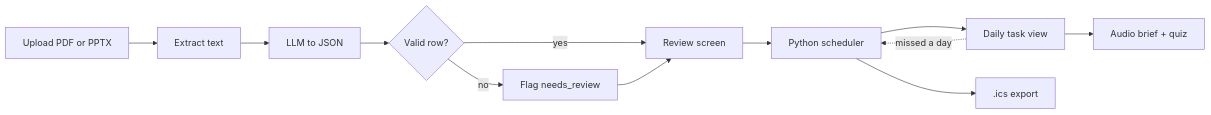
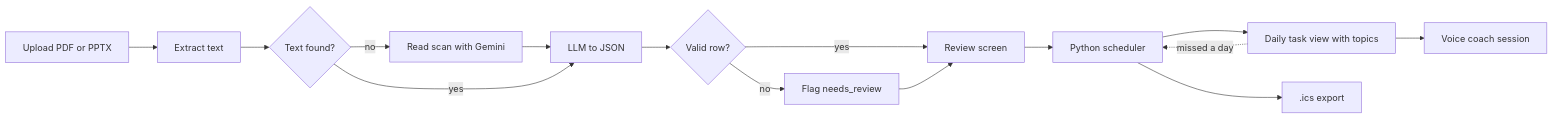
One commit to astrax-gif/study-route-ai changed the diagram in README.md. Above: the diagram before and after it, drawn with Mermaid. The commit also changed other lines of this file, not shown here.

````diff
--- a/README.md
+++ b/README.md
@@ -54,13 +68,15 @@
 ```mermaid
 flowchart LR
     A[Upload PDF or PPTX] --> B[Extract text]
-    B --> C[LLM to JSON]
+    B --> B2{Text found?}
+    B2 -- no --> B3[Read scan with Gemini] --> C
+    B2 -- yes --> C[LLM to JSON]
     C --> D{Valid row?}
     D -- yes --> E[Review screen]
     D -- no --> F[Flag needs_review] --> E
     E --> G[Python scheduler]
-    G --> H[Daily task view]
+    G --> H[Daily task view with topics]
     G --> I[.ics export]
-    H --> J[Audio brief + quiz]
+    H --> J[Voice coach session]
     H -. missed a day .-> G
 ```
````
